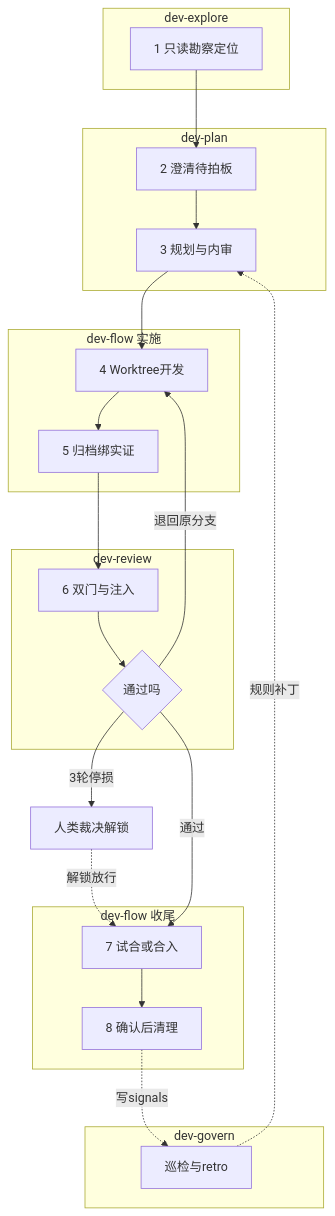
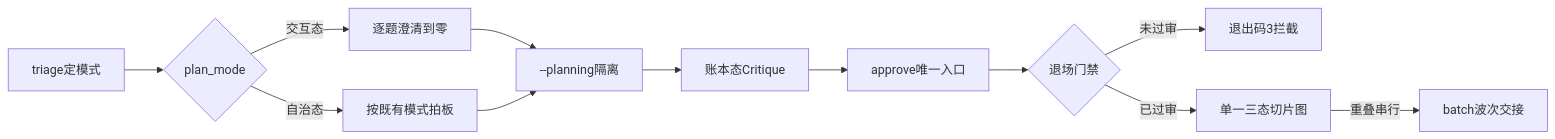
One commit to FiretrUCK666/project-forge changed the fifth of 6 diagrams in docs/TDD.md. Above: the diagram before and after it, drawn with Mermaid. The commit also changed other lines of this file and 13 other files, not shown here.

````diff
--- a/docs/TDD.md
+++ b/docs/TDD.md
@@ -310,36 +306,14 @@
 ```mermaid
-flowchart TB
-  subgraph E["dev-explore"]
-    S1["1 只读勘察定位"]
-  end
-
-  subgraph P["dev-plan"]
-    S2["2 澄清待拍板"] --> S3["3 规划与内审"]
-  end
-
-  subgraph F1["dev-flow 实施"]
-    S4["4 Worktree开发"] --> S5["5 归档绑实证"]
-  end
-
-  subgraph R["dev-review"]
-    S6["6 双门与注入"] --> Gate{"通过吗"}
-  end
-
-  subgraph F2["dev-flow 收尾"]
-    S7["7 试合或合入"] --> S8["8 确认后清理"]
-  end
-
-  subgraph G["dev-govern"]
-    GV["巡检与retro"]
-  end
-
-  S1 --> S2
-  S3 --> S4
-  S5 --> S6
-  Gate -- "退回原分支" --> S4
-  Gate -- "3轮停损" --> HM["人类裁决解锁"]
-  HM -. "解锁放行" .-> S7
-  Gate -- "通过" --> S7
-  S8 -. "写signals" .-> GV
-  GV -. "规则补丁" .-> S3
+flowchart LR
+  Tri["triage定模式"] --> Mode{"plan_mode"}
+  Mode -- "交互态" --> Inter["逐题澄清到零"]
+  Mode -- "自治态" --> Auto["按既有模式拍板"]
+  Inter --> Iso["--planning隔离"]
+  Auto --> Iso
+  Iso --> Crit["账本态Critique"]
+  Crit --> Appr["approve唯一入口"]
+  Appr --> ExitGate{"退场门禁"}
+  ExitGate -- "未过审" --> Block["退出码3拦截"]
+  ExitGate -- "已过审" --> Graph["单一三态切片图"]
+  Graph -- "重叠串行" --> Batch["batch波次交接"]
 ```
````
